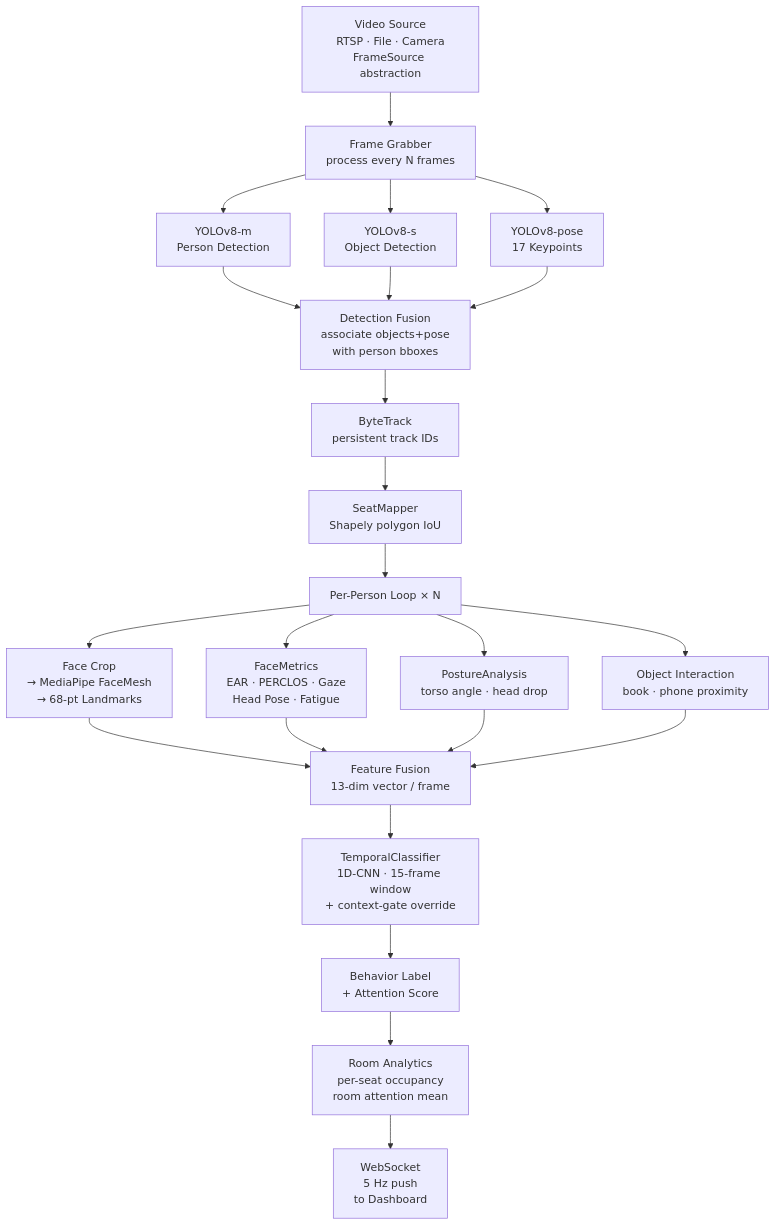
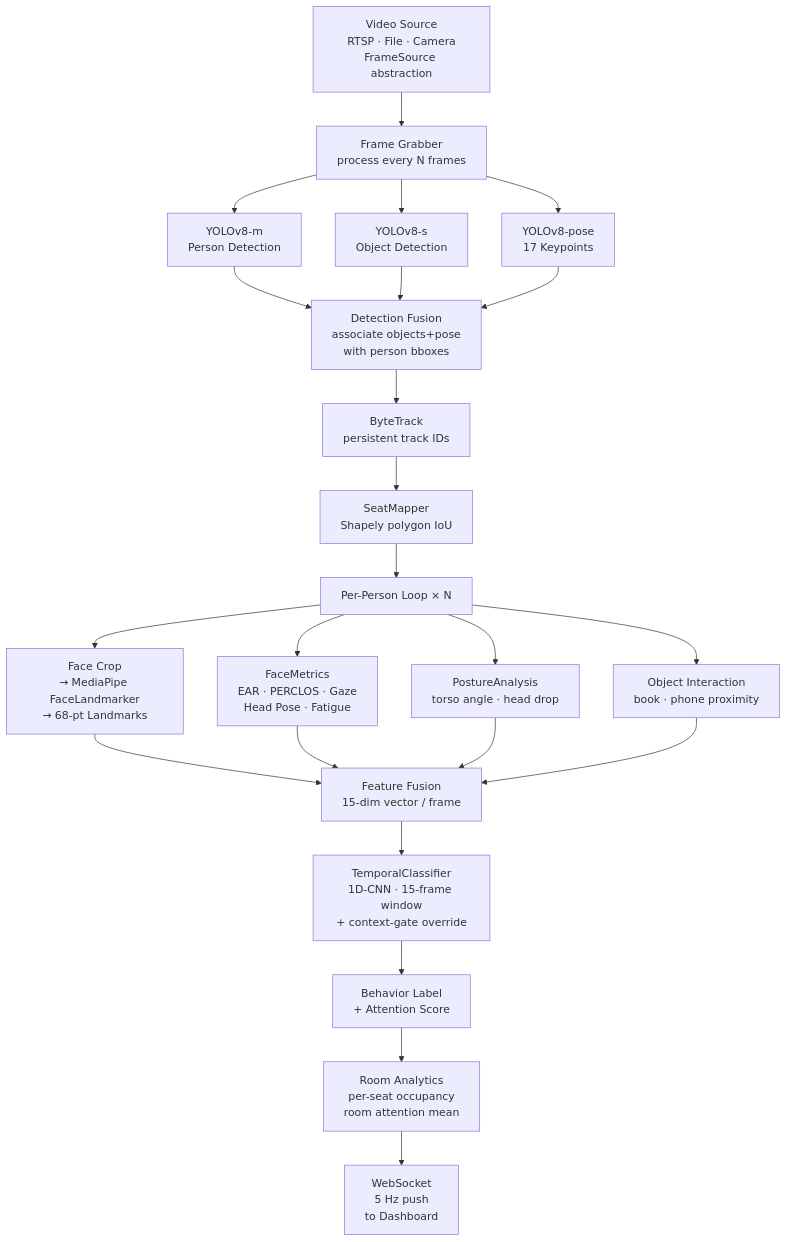
One commit to hrishikeshjh/AttentionTrackerOSS changed the second of 2 diagrams in README.md. Above: the diagram before and after it, drawn with Mermaid. The commit also changed other lines of this file and 10 other files, not shown here.

````diff
--- a/README.md
+++ b/README.md
@@ -196,24 +213,24 @@
 ```mermaid
 flowchart TD
     SRC["Video Source\nRTSP · File · Camera\nFrameSource abstraction"] --> GRAB["Frame Grabber\nprocess every N frames"]
     GRAB --> P1[YOLOv8-m\nPerson Detection]
     GRAB --> P2[YOLOv8-s\nObject Detection]
     GRAB --> P3[YOLOv8-pose\n17 Keypoints]
 
     P1 & P2 & P3 --> FUSE[Detection Fusion\nassociate objects+pose\nwith person bboxes]
     FUSE --> BT[ByteTrack\npersistent track IDs]
     BT --> SM[SeatMapper\nShapely polygon IoU]
 
     SM --> LOOP["Per-Person Loop × N"]
-    LOOP --> FL[Face Crop\n→ MediaPipe FaceMesh\n→ 68-pt Landmarks]
+    LOOP --> FL[Face Crop\n→ MediaPipe FaceLandmarker\n→ 68-pt Landmarks]
     LOOP --> FM[FaceMetrics\nEAR · PERCLOS · Gaze\nHead Pose · Fatigue]
     LOOP --> PA[PostureAnalysis\ntorso angle · head drop]
     LOOP --> OI[Object Interaction\nbook · phone proximity]
 
-    FL & FM & PA & OI --> FF[Feature Fusion\n13-dim vector / frame]
+    FL & FM & PA & OI --> FF[Feature Fusion\n15-dim vector / frame]
     FF --> TC[TemporalClassifier\n1D-CNN · 15-frame window\n+ context-gate override]
     TC --> BL[Behavior Label\n+ Attention Score]
 
     BL --> RA[Room Analytics\nper-seat occupancy\nroom attention mean]
     RA --> WS[WebSocket\n5 Hz push\nto Dashboard]
 ```
````
